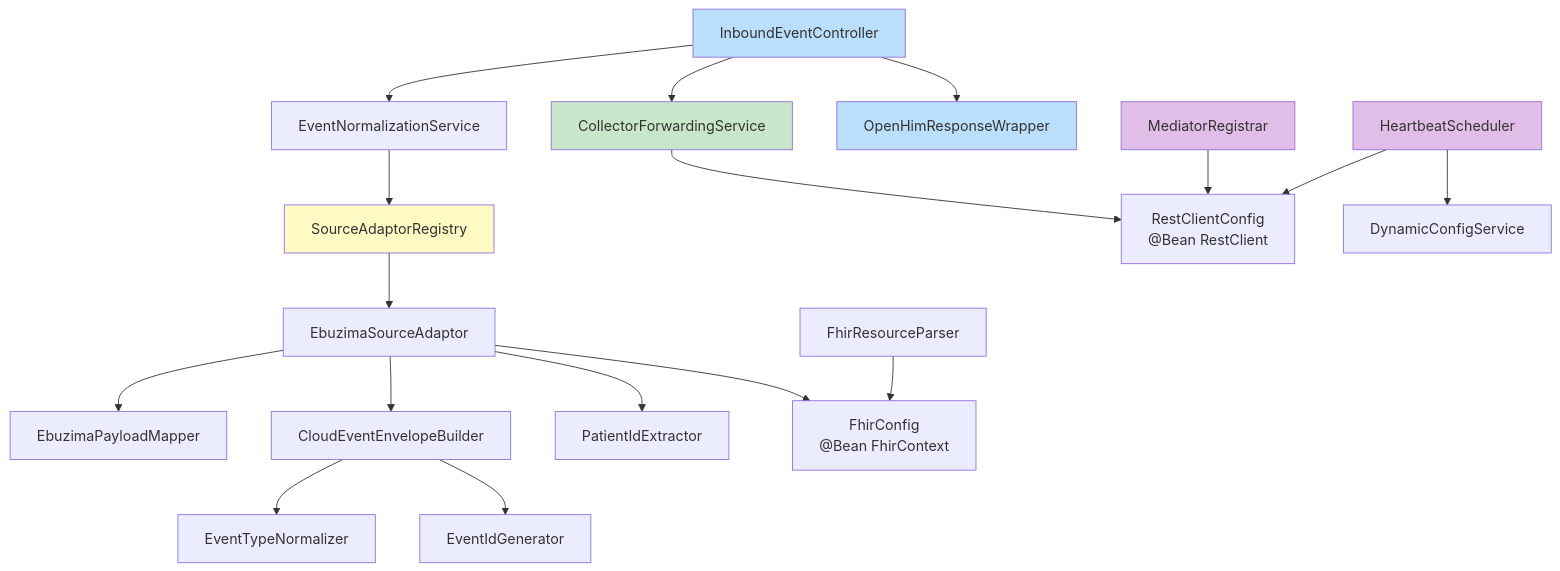
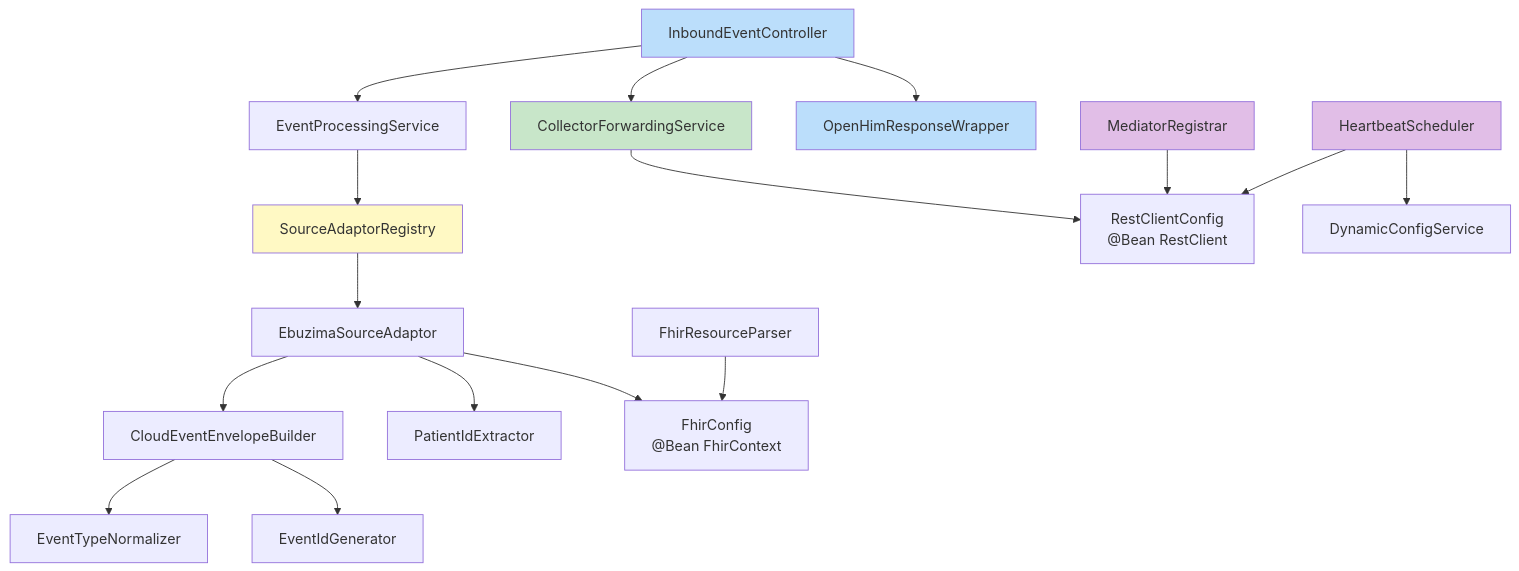
The seventh of 8 diagrams in docs/flow-diagrams.md (Jayaprakash8887/openhim-cce-emitter-adaptor), drawn with Mermaid before and after one commit. The commit also changed other lines of this file and 5 other files, not shown here.

````diff
--- a/docs/flow-diagrams.md
+++ b/docs/flow-diagrams.md
@@ -243,53 +240,51 @@
 ```mermaid
 flowchart TD
     CTRL[InboundEventController]
-    NORM[EventNormalizationService]
+    NORM[EventProcessingService]
     REG[SourceAdaptorRegistry]
     FWD[CollectorForwardingService]
     WRAP[OpenHimResponseWrapper]
 
     SA_EBZ[EbuzimaSourceAdaptor]
-    MAPPER[EbuzimaPayloadMapper]
 
     CE[CloudEventEnvelopeBuilder]
     ETN[EventTypeNormalizer]
     PIE[PatientIdExtractor]
     FRP[FhirResourceParser]
     IDG[EventIdGenerator]
 
     REG_HB[MediatorRegistrar]
     HB[HeartbeatScheduler]
     DC[DynamicConfigService]
 
     FC["FhirConfig<br/>@Bean FhirContext"]
     RC["RestClientConfig<br/>@Bean RestClient"]
 
     CTRL --> NORM
     CTRL --> FWD
     CTRL --> WRAP
 
     NORM --> REG
     REG --> SA_EBZ
 
-    SA_EBZ --> MAPPER
     SA_EBZ --> CE
     SA_EBZ --> PIE
 
     CE --> ETN
     CE --> IDG
 
     FWD --> RC
     REG_HB --> RC
     HB --> RC
     HB --> DC
 
     SA_EBZ --> FC
     FRP --> FC
 
     style CTRL fill:#bbdefb
     style WRAP fill:#bbdefb
     style FWD fill:#c8e6c9
     style REG fill:#fff9c4
     style REG_HB fill:#e1bee7
     style HB fill:#e1bee7
 ```
````
